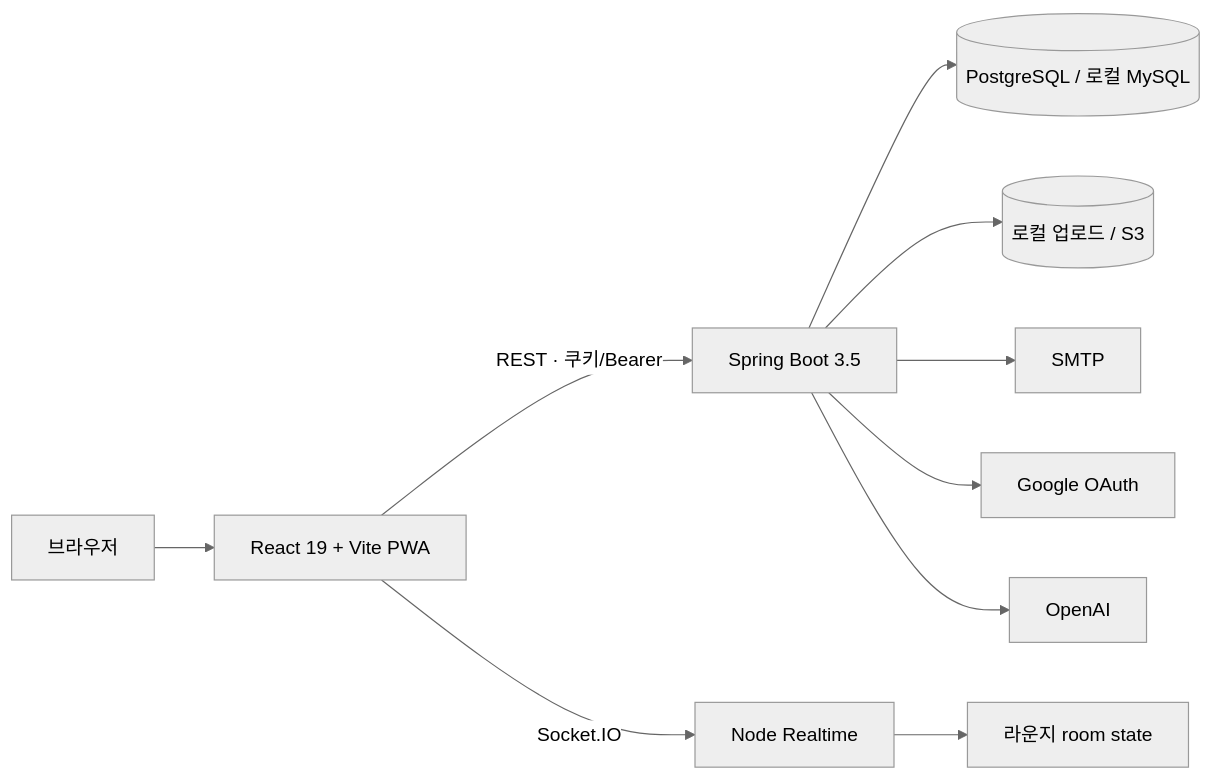
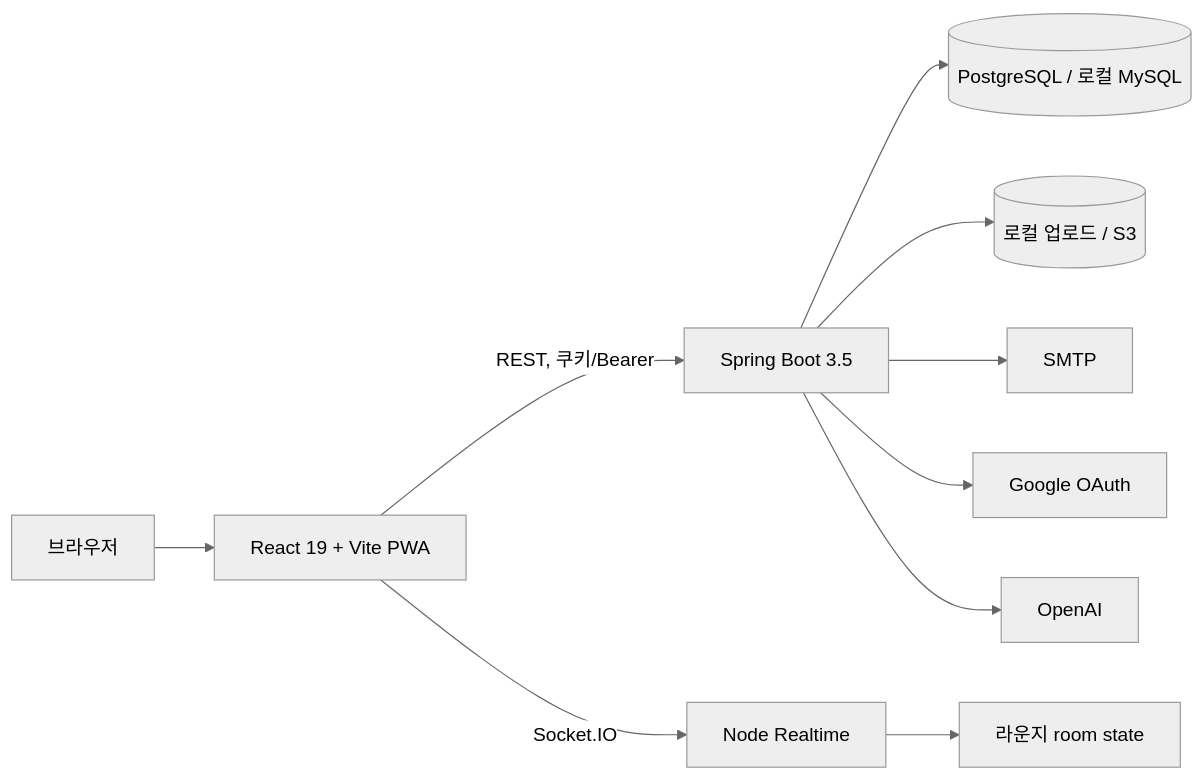
One commit to toadsam/Ajou_MuscleUp changed the diagram in README.md. Above: the diagram before and after it, drawn with Mermaid (neutral theme). The commit also changed other lines of this file, not shown here.

````diff
--- a/README.md
+++ b/README.md
@@ -48,12 +48,12 @@
 ```mermaid
 flowchart LR
   User[브라우저] --> FE[React 19 + Vite PWA]
-  FE -->|REST · 쿠키/Bearer| BE[Spring Boot 3.5]
+  FE -->|REST, 쿠키/Bearer| BE[Spring Boot 3.5]
   FE -->|Socket.IO| RT[Node Realtime]
   BE --> DB[(PostgreSQL / 로컬 MySQL)]
   BE --> S3[(로컬 업로드 / S3)]
   BE --> Mail[SMTP]
   BE --> Google[Google OAuth]
   BE --> OpenAI[OpenAI]
   RT --> Room[라운지 room state]
 ```
````
